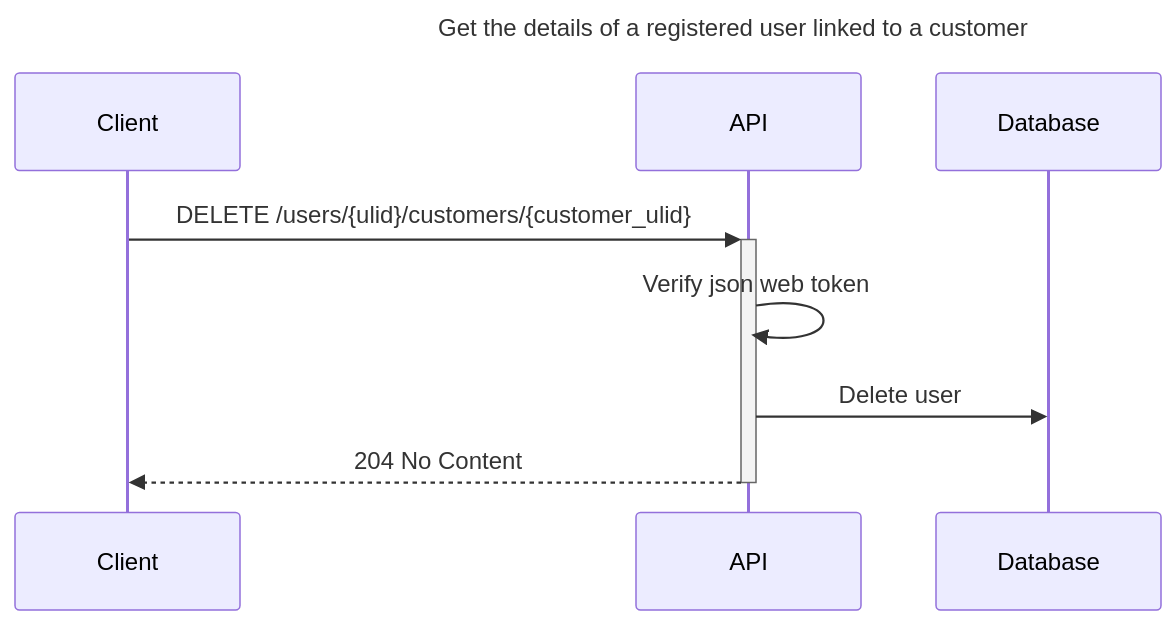
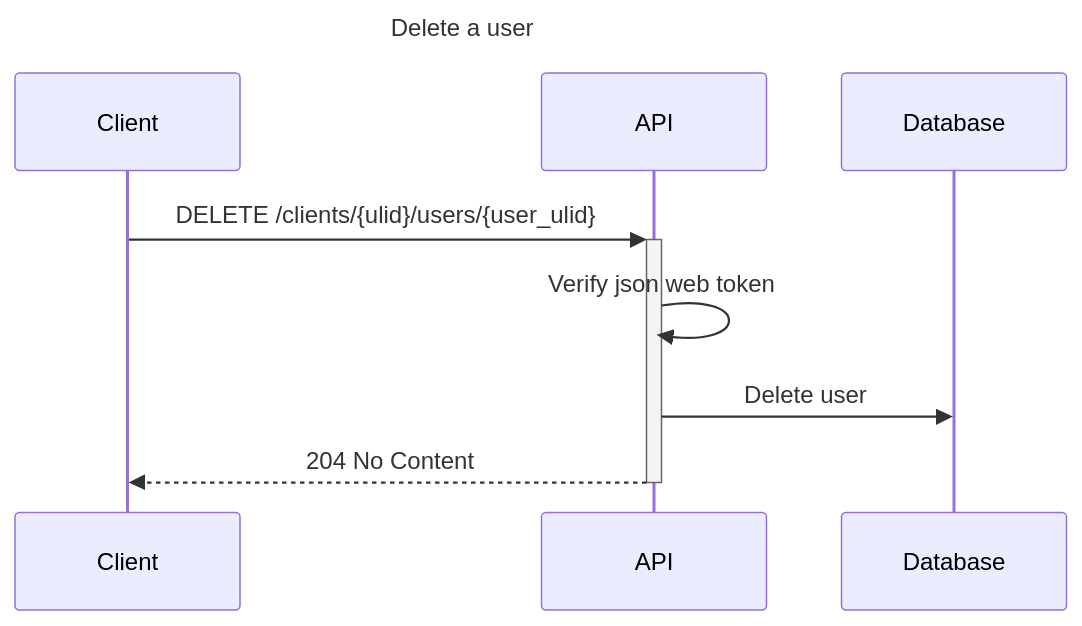
Before and after one commit to acecconato/AnthonyCecconato_7_12052023: the diagram in docs/sequence/remove_user.md, drawn with Mermaid. The commit also changed 8 other files, not shown here.

Commit message:
Refactor diagrams

````diff
--- a/docs/sequence/remove_user.md
+++ b/docs/sequence/remove_user.md
@@ -1,12 +1,12 @@
 ```mermaid
 sequenceDiagram
-title Get the details of a registered user linked to a customer
+title Delete a user
 
-Client->>+API: DELETE /users/{ulid}/customers/{customer_ulid}
+Client->>+API: DELETE /clients/{ulid}/users/{user_ulid}
 
 API->>API: Verify json web token
 
 API->>Database: Delete user
 
 API-->>-Client: 204 No Content
 ```
````
